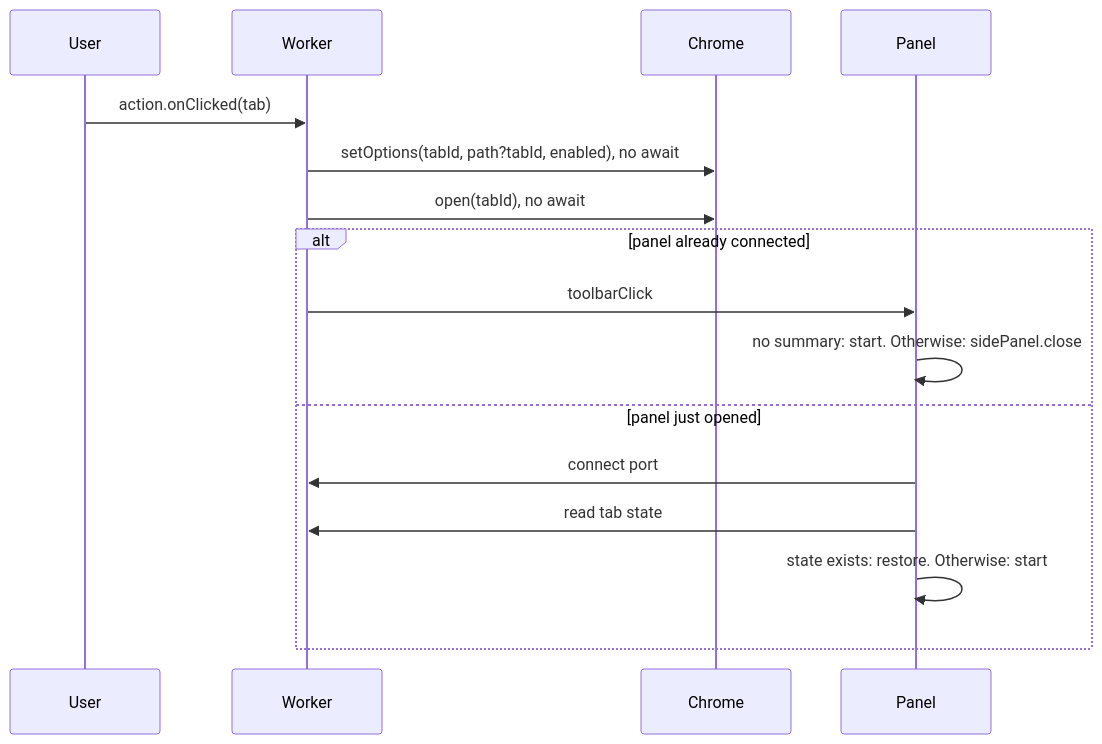
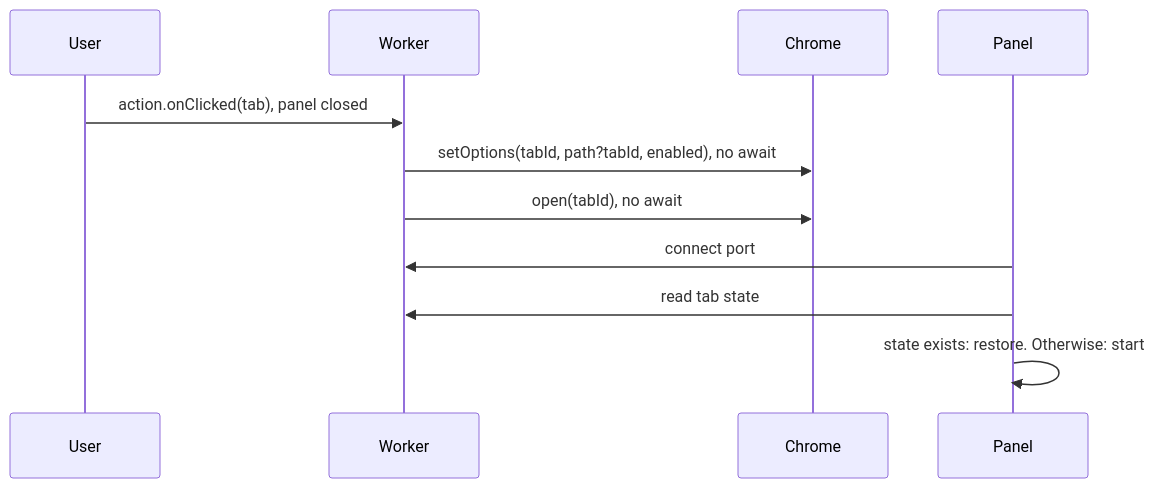
One commit to mAzurkovic/sumitup changed the second of 2 diagrams in specs/sum-it-up/design.md. Above: the diagram before and after it, drawn with Mermaid. The commit also changed other lines of this file and 25 other files, not shown here.

````diff
--- a/specs/sum-it-up/design.md
+++ b/specs/sum-it-up/design.md
@@ -168,14 +179,9 @@
 ```mermaid
 sequenceDiagram
-  User->>Worker: action.onClicked(tab)
+  User->>Worker: action.onClicked(tab), panel closed
   Worker->>Chrome: setOptions(tabId, path?tabId, enabled), no await
   Worker->>Chrome: open(tabId), no await
-  alt panel already connected
-    Worker->>Panel: toolbarClick
-    Panel->>Panel: no summary: start. Otherwise: sidePanel.close
-  else panel just opened
-    Panel->>Worker: connect port
-    Panel->>Worker: read tab state
-    Panel->>Panel: state exists: restore. Otherwise: start
-  end
+  Panel->>Worker: connect port
+  Panel->>Worker: read tab state
+  Panel->>Panel: state exists: restore. Otherwise: start
 ```
````
